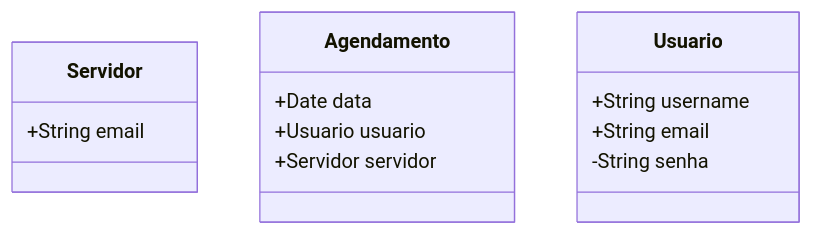
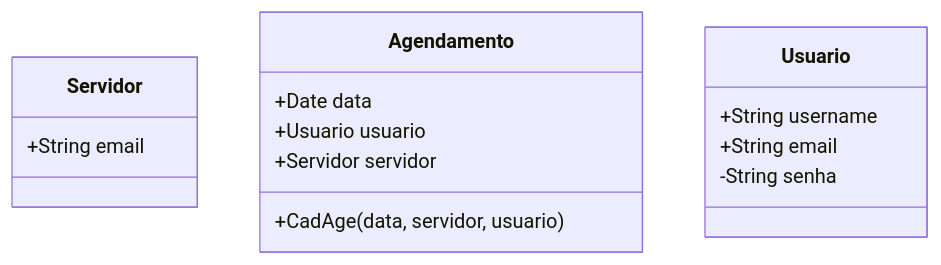
Before and after one commit to Gedsonfa/ScheduleSphere: the diagram in Documentacao/README.md, drawn with Mermaid.

Commit message:
Documento de visão

```diff
--- a/Documentacao/README.md
+++ b/Documentacao/README.md
@@ -1,15 +1,18 @@
 :::mermaid
+
     classDiagram
     class Servidor
     Servidor : +String email
 
     class Agendamento
     Agendamento : +Date data
     Agendamento : +Usuario usuario
     Agendamento : +Servidor servidor
+    Agendamento : +CadAge(data, servidor, usuario)
 
     class Usuario
     Usuario : +String username
     Usuario : +String email
     Usuario : -String senha
+
 :::
```
